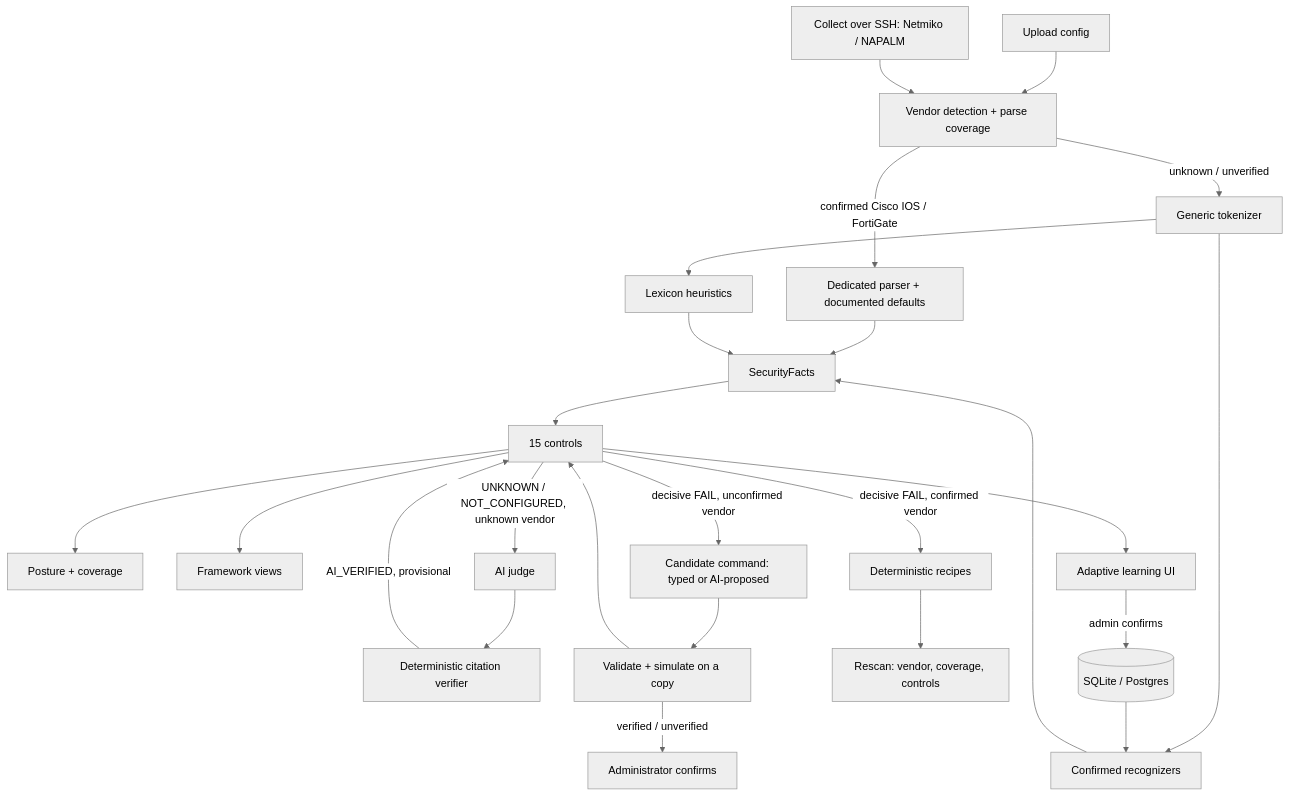
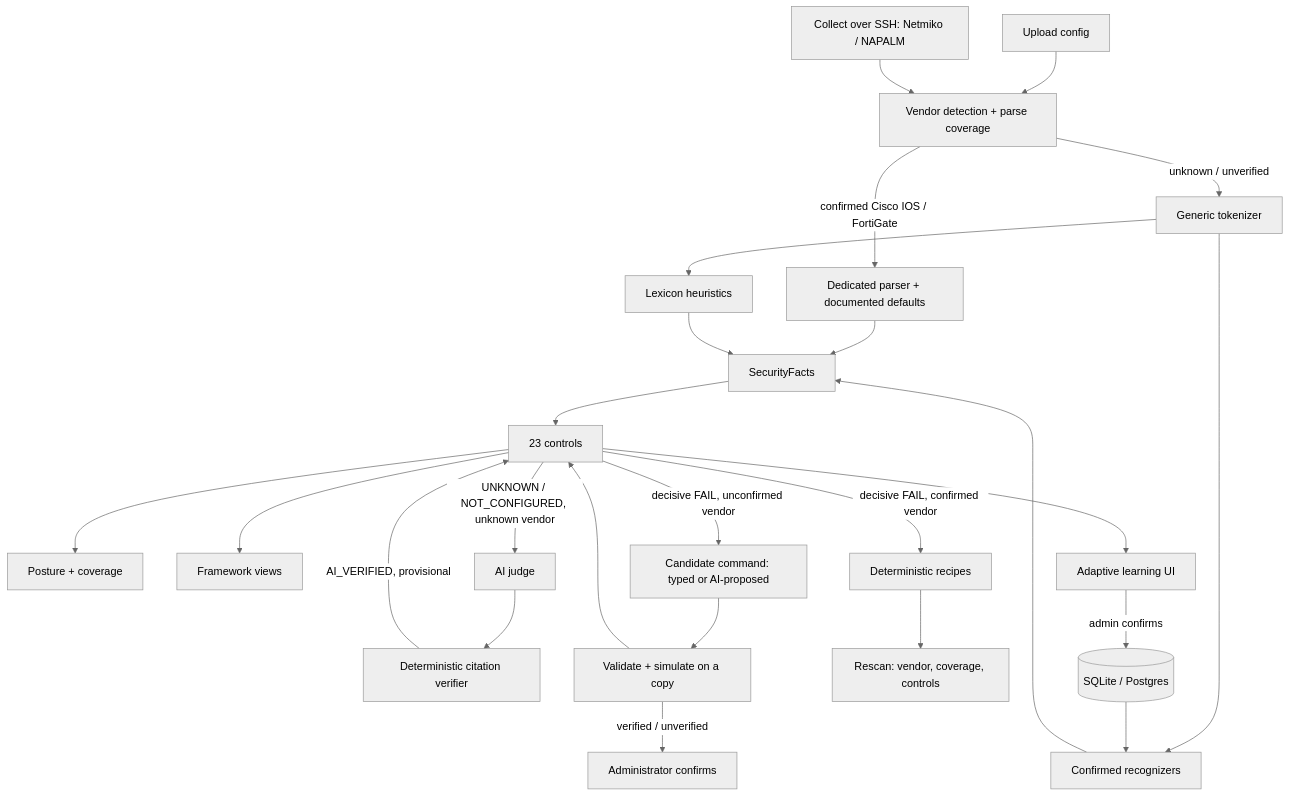
Before and after one commit to astrilo-monk/sih-26155: the diagram in docs/architecture.md, drawn with Mermaid (neutral theme). The commit also changed other lines of this file and 35 other files, not shown here.

````diff
--- a/docs/architecture.md
+++ b/docs/architecture.md
@@ -54,27 +54,27 @@
 ```mermaid
 flowchart TD
     Upload[Upload config] --> Detect[Vendor detection + parse coverage]
     Collect[Collect over SSH: Netmiko / NAPALM] --> Detect
     Detect -->|confirmed Cisco IOS / FortiGate| Parser[Dedicated parser + documented defaults]
     Detect -->|unknown / unverified| Tokenizer[Generic tokenizer]
     Tokenizer --> Recognizers[Confirmed recognizers]
     Tokenizer --> Heuristics[Lexicon heuristics]
     Parser --> Facts[SecurityFacts]
     Recognizers --> Facts
     Heuristics --> Facts
-    Facts --> Controls[15 controls]
+    Facts --> Controls[23 controls]
     Controls --> Score[Posture + coverage]
     Controls --> Frameworks[Framework views]
     Controls -->|UNKNOWN / NOT_CONFIGURED, unknown vendor| Judge[AI judge]
     Judge --> Verify[Deterministic citation verifier]
     Verify -->|AI_VERIFIED, provisional| Controls
     Controls --> Review[Adaptive learning UI]
     Review -->|admin confirms| DB[(SQLite / Postgres)]
     DB --> Recognizers
     Controls -->|decisive FAIL, confirmed vendor| Remediation[Deterministic recipes]
     Remediation --> Rescan[Rescan: vendor, coverage, controls]
     Controls -->|decisive FAIL, unconfirmed vendor| Candidate[Candidate command: typed or AI-proposed]
     Candidate --> Simulate[Validate + simulate on a copy]
     Simulate --> Controls
     Simulate -->|verified / unverified| Confirm[Administrator confirms]
 ```
````
